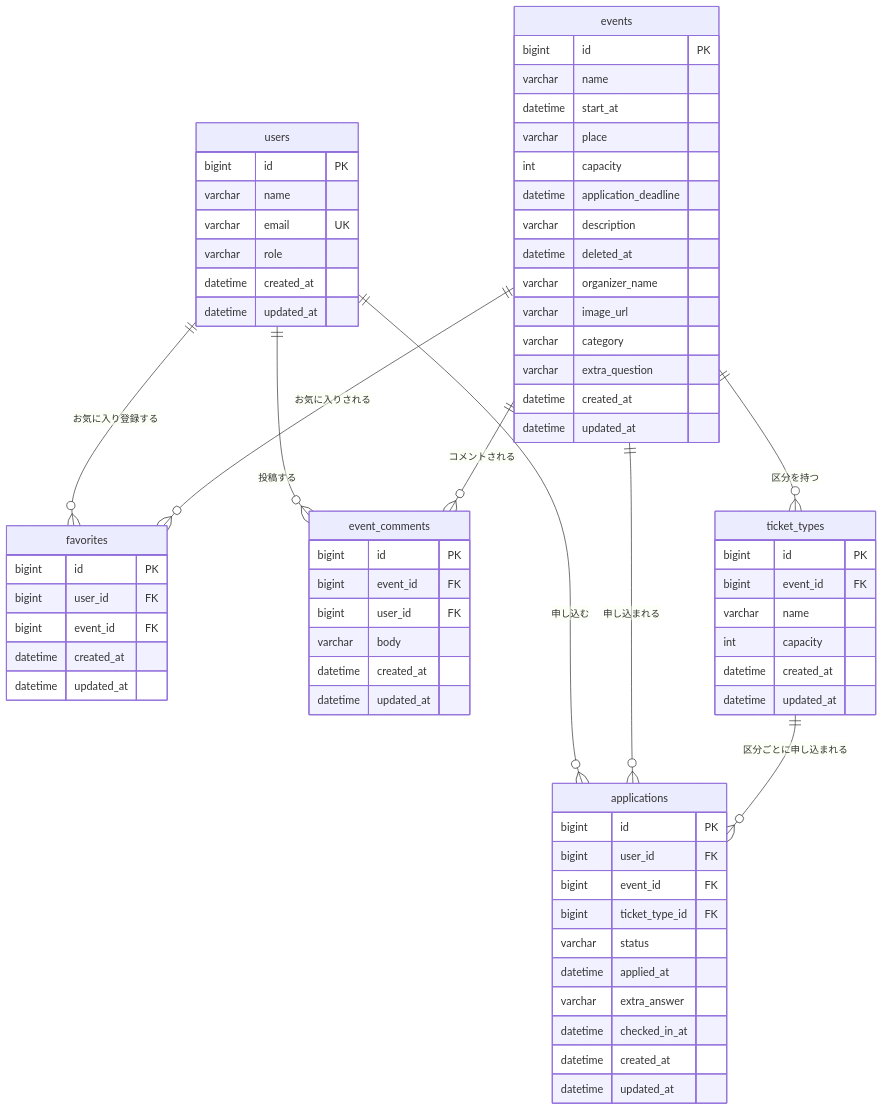
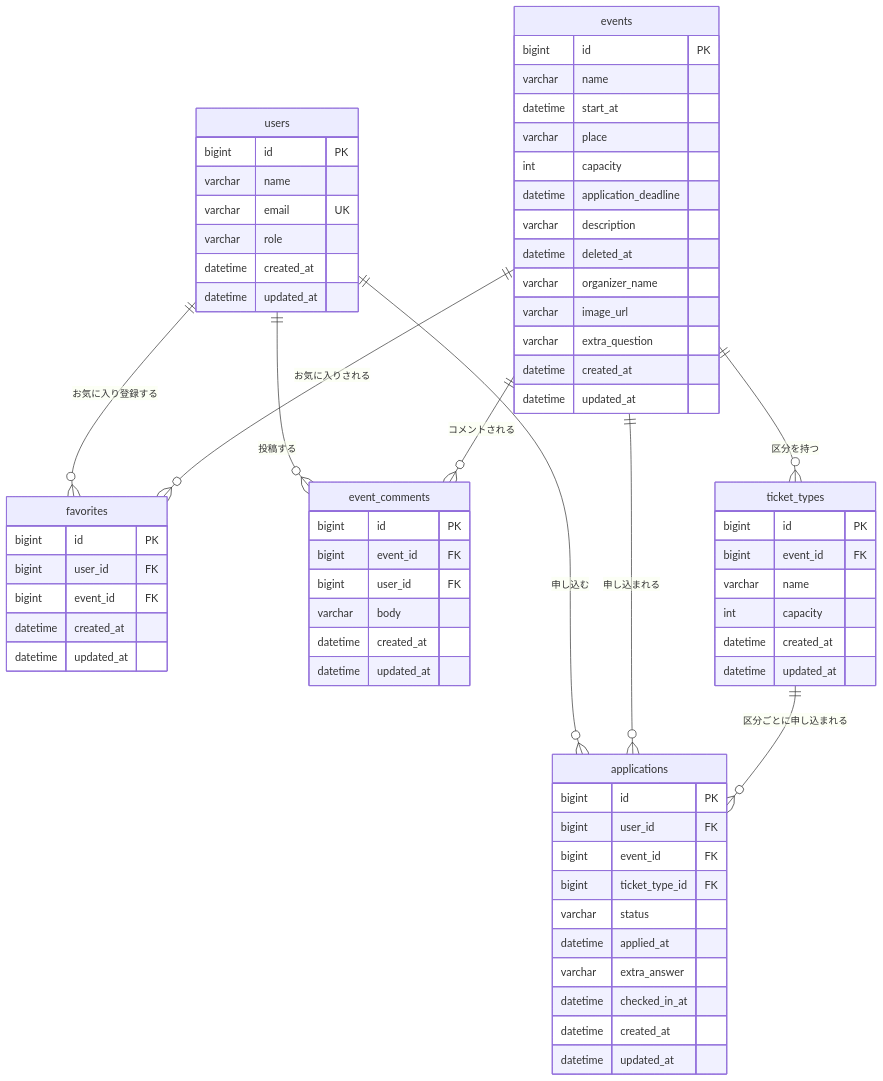
Before and after one commit to sasaki111111/event-application-system: the diagram in docs/design/テーブル定義書_v2.0.md, drawn with Mermaid. The commit also changed other lines of this file and 21 other files, not shown here.

````diff
--- a/docs/design/テーブル定義書_v2.0.md
+++ b/docs/design/テーブル定義書_v2.0.md
@@ -20,71 +20,70 @@
 ```mermaid
 erDiagram
   users ||--o{ applications : "申し込む"
   users ||--o{ favorites : "お気に入り登録する"
   users ||--o{ event_comments : "投稿する"
   events ||--o{ applications : "申し込まれる"
   events ||--o{ favorites : "お気に入りされる"
   events ||--o{ event_comments : "コメントされる"
   events ||--o{ ticket_types : "区分を持つ"
   ticket_types ||--o{ applications : "区分ごとに申し込まれる"
 
   users {
     bigint id PK
     varchar name
     varchar email UK
     varchar role
     datetime created_at
     datetime updated_at
   }
   events {
     bigint id PK
     varchar name
     datetime start_at
     varchar place
     int capacity
     datetime application_deadline
     varchar description
     datetime deleted_at
     varchar organizer_name
     varchar image_url
-    varchar category
     varchar extra_question
     datetime created_at
     datetime updated_at
   }
   applications {
     bigint id PK
     bigint user_id FK
     bigint event_id FK
     bigint ticket_type_id FK
     varchar status
     datetime applied_at
     varchar extra_answer
     datetime checked_in_at
     datetime created_at
     datetime updated_at
   }
   favorites {
     bigint id PK
     bigint user_id FK
     bigint event_id FK
     datetime created_at
     datetime updated_at
   }
   ticket_types {
     bigint id PK
     bigint event_id FK
     varchar name
     int capacity
     datetime created_at
     datetime updated_at
   }
   event_comments {
     bigint id PK
     bigint event_id FK
     bigint user_id FK
     varchar body
     datetime created_at
     datetime updated_at
   }
 ```
````
